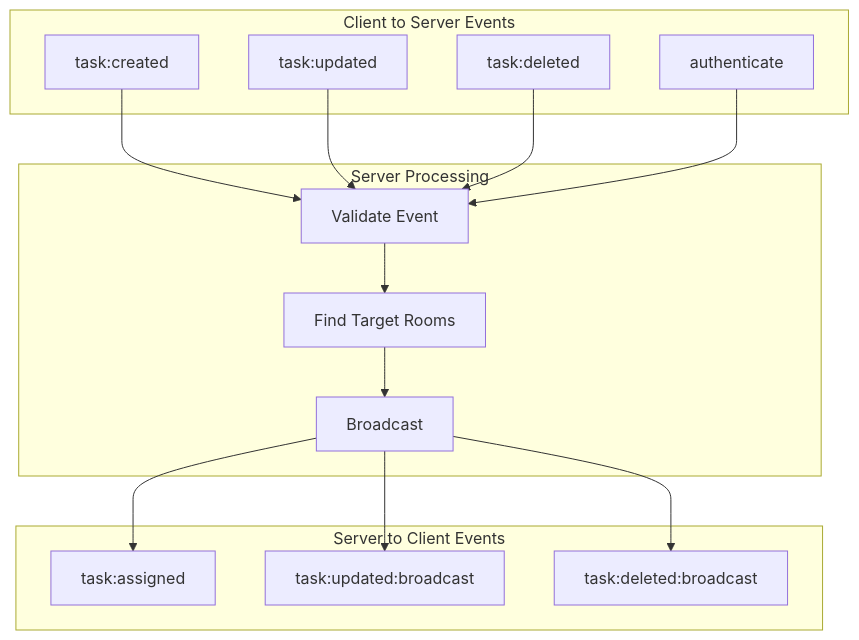
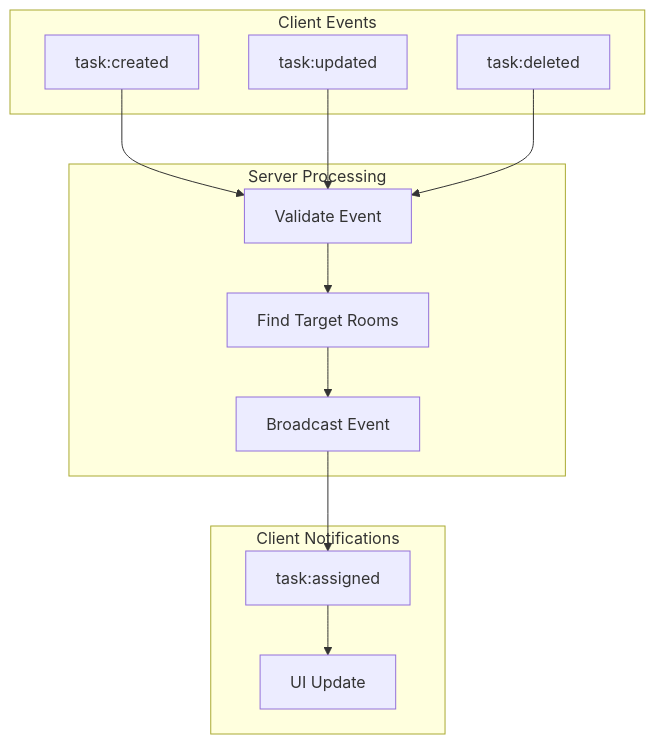
One commit to anshsharmacse/taskflow-socket changed the fourth of 11 diagrams in README.md. Above: the diagram before and after it, drawn with Mermaid. The commit also changed other lines of this file, not shown here.

````diff
--- a/README.md
+++ b/README.md
@@ -148,30 +153,27 @@
 ```mermaid
 flowchart TD
-    subgraph "Client to Server Events"
+    subgraph Client Events
         C1[task:created]
         C2[task:updated]
         C3[task:deleted]
-        C4[authenticate]
     end
     
-    subgraph "Server Processing"
+    subgraph Server Processing
         S1[Validate Event]
         S2[Find Target Rooms]
-        S3[Broadcast]
+        S3[Broadcast Event]
     end
     
-    subgraph "Server to Client Events"
-        R1[task:assigned]
-        R2[task:updated:broadcast]
-        R3[task:deleted:broadcast]
+    subgraph Client Notifications
+        N1[task:assigned]
+        N2[UI Update]
     end
     
     C1 --> S1
     C2 --> S1
     C3 --> S1
-    C4 --> S1
-    S1 --> S2 --> S3
-    S3 --> R1
-    S3 --> R2
-    S3 --> R3
+    S1 --> S2
+    S2 --> S3
+    S3 --> N1
+    N1 --> N2
 ```
````
